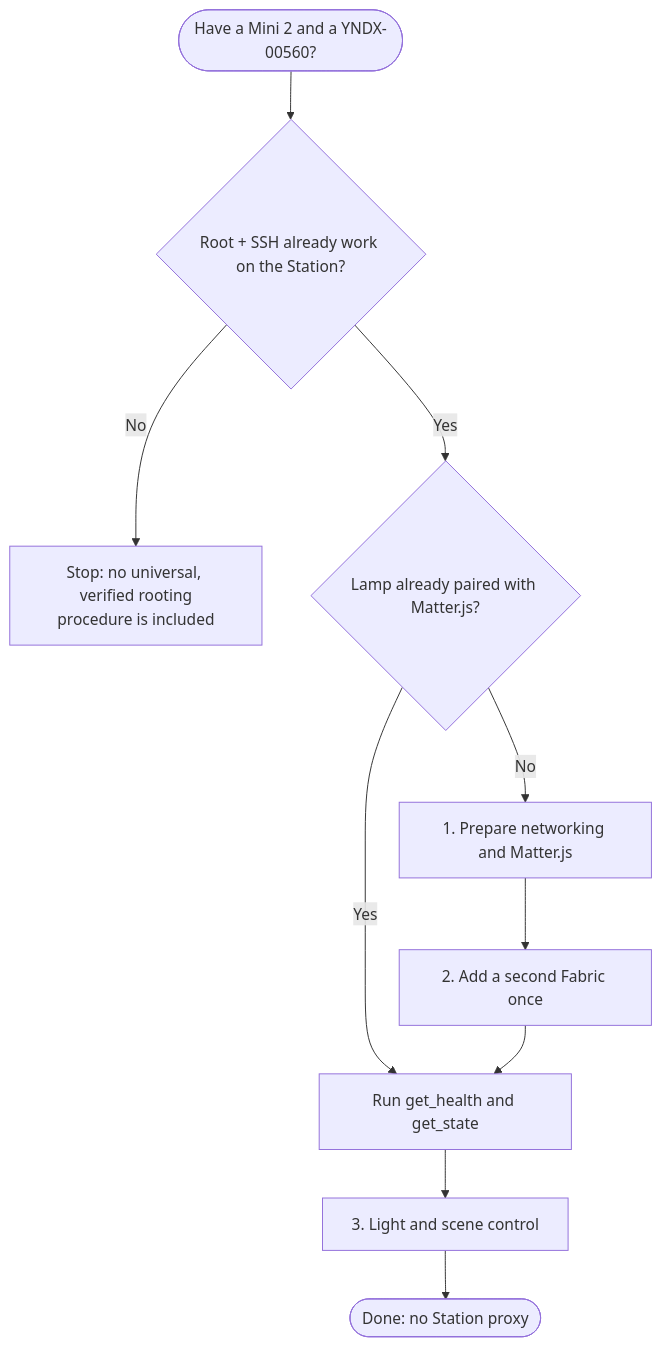
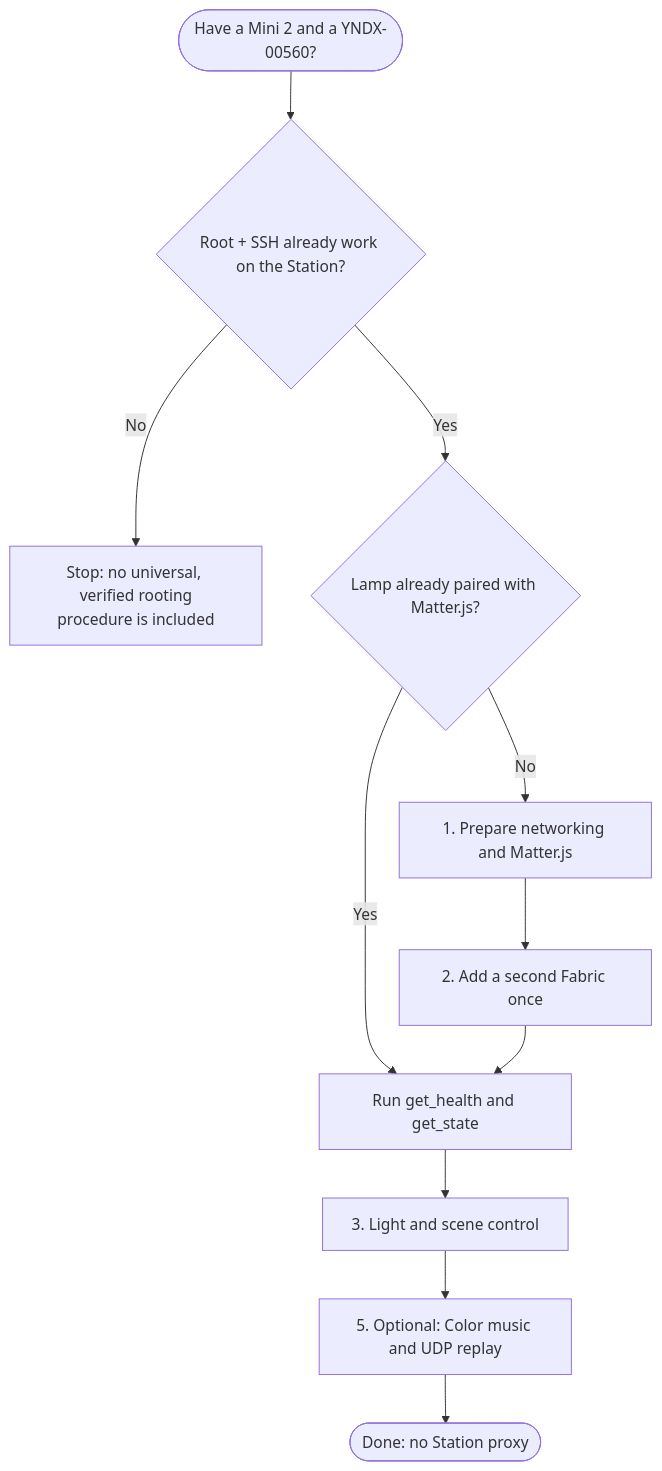
Before and after one commit to r0ka-op/yandex-station-matter-bridge: the second of 2 diagrams in docs/guide/00_START_EN.md, drawn with Mermaid. The commit also changed other lines of this file and 9 other files, not shown here.

````diff
--- a/docs/guide/00_START_EN.md
+++ b/docs/guide/00_START_EN.md
@@ -27,12 +27,13 @@
 ```mermaid
 flowchart TD
   START(["Have a Mini 2 and a YNDX-00560?"]) --> PRE{"Root + SSH already work on the Station?"}
   PRE -->|No| NO["Stop: no universal, verified rooting<br/>procedure is included"]
   PRE -->|Yes| LINK{"Lamp already paired with Matter.js?"}
   LINK -->|No| SETUP["1. Prepare networking and Matter.js"]
   SETUP --> PAIR["2. Add a second Fabric once"]
   LINK -->|Yes| CHECK["Run get_health and get_state"]
   PAIR --> CHECK
   CHECK --> CONTROL["3. Light and scene control"]
-  CONTROL --> END(["Done: no Station proxy"])
+  CONTROL --> MUSIC["5. Optional: Color music and UDP replay"]
+  MUSIC --> END(["Done: no Station proxy"])
 ```
````
